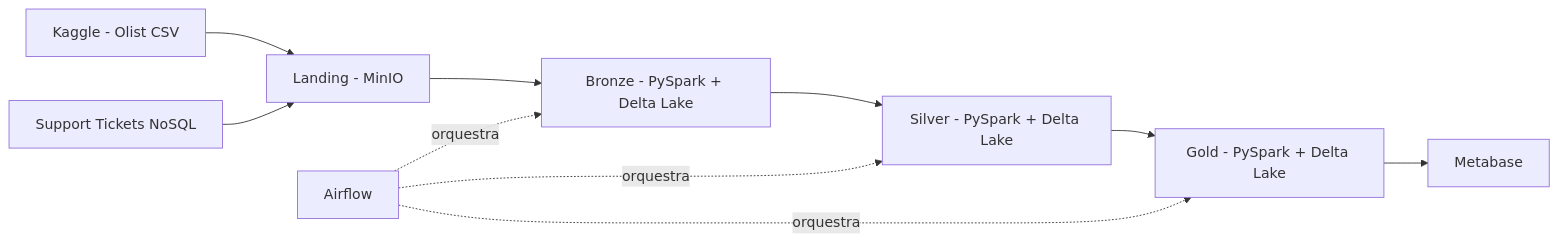
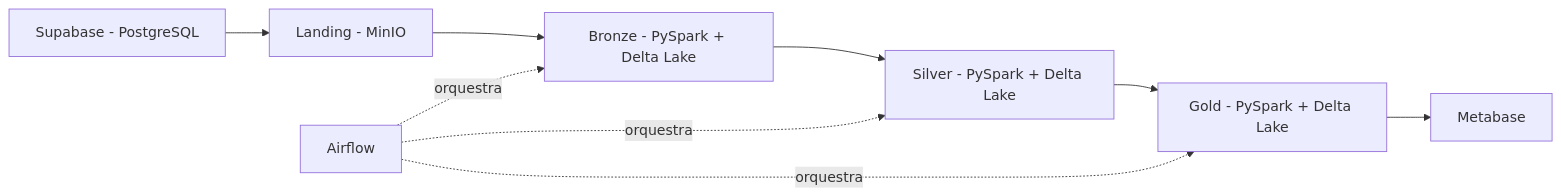
The diagram in docs/arquitetura.md (octaviodemos/projeto-final-ed), drawn with Mermaid before and after one commit. The commit also changed other lines of this file and 1 other file, not shown here.

````diff
--- a/docs/arquitetura.md
+++ b/docs/arquitetura.md
@@ -9,15 +9,14 @@
 ```mermaid
 flowchart LR
-    A1[Kaggle - Olist CSV] --> B[Landing - MinIO]
-    A2[Support Tickets NoSQL] --> B
+    A[Supabase - PostgreSQL] --> B[Landing - MinIO]
 
     B --> C[Bronze - PySpark + Delta Lake]
     C --> D[Silver - PySpark + Delta Lake]
     D --> E[Gold - PySpark + Delta Lake]
 
     E --> F[Metabase]
 
     G[Airflow] -.->|orquestra| C
     G -.->|orquestra| D
     G -.->|orquestra| E
 ```
````
